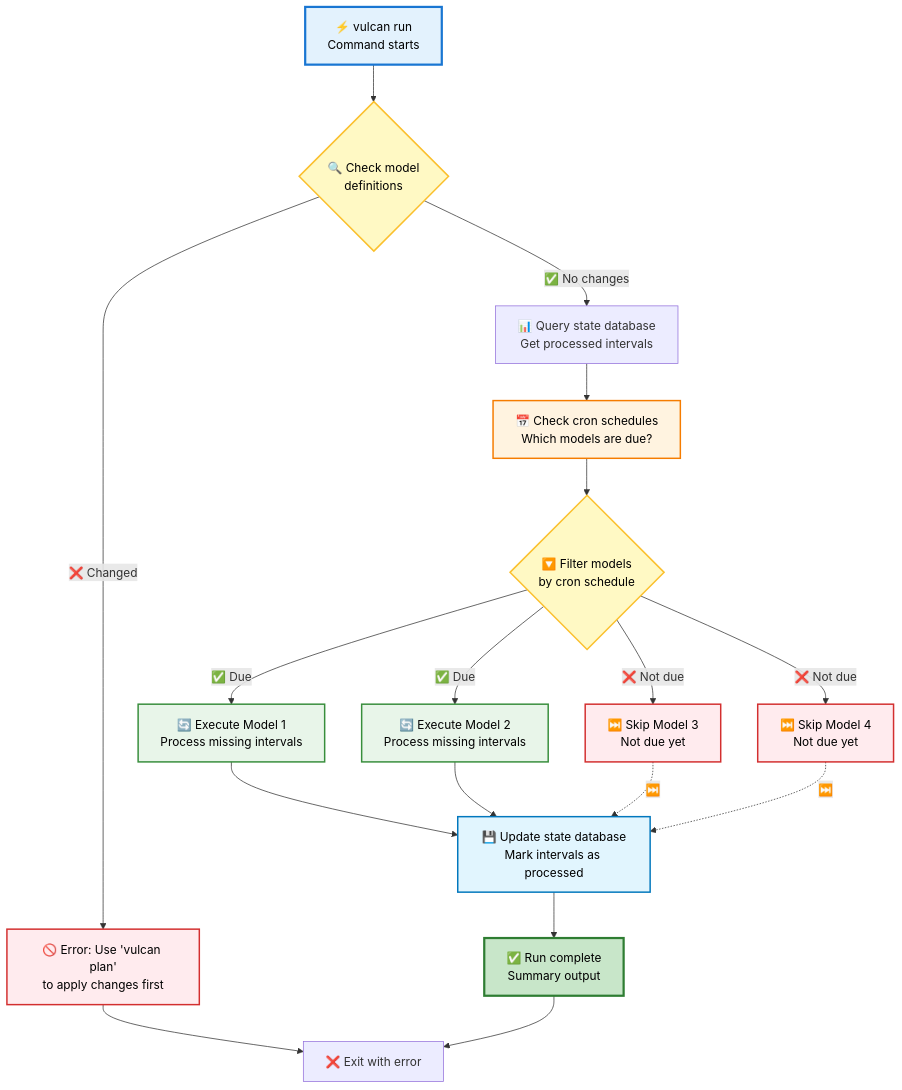
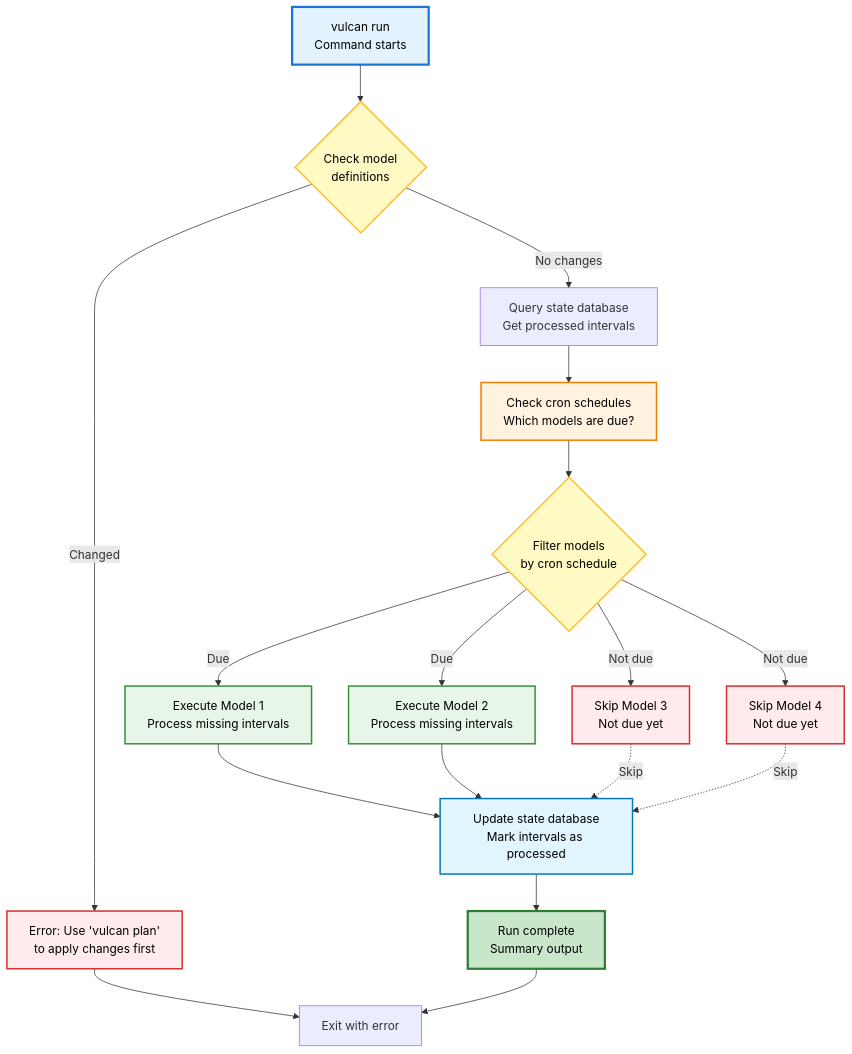
Before and after one commit to tmdc-io/vulcan-book: the third of 5 diagrams in docs/guides/run_and_scheduling.md, drawn with Mermaid. The commit also changed other lines of this file and 6 other files, not shown here.

Commit message:
updated mermaid diagrams to remove emojis, commented out the old plan guide o have only the new 2.0 plan guide

````diff
--- a/docs/guides/run_and_scheduling.md
+++ b/docs/guides/run_and_scheduling.md
@@ -143,38 +143,38 @@
 ```mermaid
 flowchart TD
-    START[⚡ vulcan run<br/>Command starts] --> CHECK{🔍 Check model<br/>definitions}
+    START[vulcan run<br/>Command starts] --> CHECK{Check model<br/>definitions}
     
-    CHECK -->|"❌ Changed"| ERROR[🚫 Error: Use 'vulcan plan'<br/>to apply changes first]
-    CHECK -->|"✅ No changes"| STATE[📊 Query state database<br/>Get processed intervals]
+    CHECK -->|"Changed"| ERROR[Error: Use 'vulcan plan'<br/>to apply changes first]
+    CHECK -->|"No changes"| STATE[Query state database<br/>Get processed intervals]
     
-    STATE --> CRON[📅 Check cron schedules<br/>Which models are due?]
+    STATE --> CRON[Check cron schedules<br/>Which models are due?]
     
-    CRON --> FILTER{🔽 Filter models<br/>by cron schedule}
+    CRON --> FILTER{Filter models<br/>by cron schedule}
     
-    FILTER -->|"✅ Due"| EXEC1[🔄 Execute Model 1<br/>Process missing intervals]
-    FILTER -->|"✅ Due"| EXEC2[🔄 Execute Model 2<br/>Process missing intervals]
-    FILTER -->|"❌ Not due"| SKIP1[⏭️ Skip Model 3<br/>Not due yet]
-    FILTER -->|"❌ Not due"| SKIP2[⏭️ Skip Model 4<br/>Not due yet]
+    FILTER -->|"Due"| EXEC1[Execute Model 1<br/>Process missing intervals]
+    FILTER -->|"Due"| EXEC2[Execute Model 2<br/>Process missing intervals]
+    FILTER -->|"Not due"| SKIP1[Skip Model 3<br/>Not due yet]
+    FILTER -->|"Not due"| SKIP2[Skip Model 4<br/>Not due yet]
     
-    EXEC1 --> UPDATE[💾 Update state database<br/>Mark intervals as processed]
+    EXEC1 --> UPDATE[Update state database<br/>Mark intervals as processed]
     EXEC2 --> UPDATE
-    SKIP1 -.->|"⏭️"| UPDATE
-    SKIP2 -.->|"⏭️"| UPDATE
+    SKIP1 -.->|"Skip"| UPDATE
+    SKIP2 -.->|"Skip"| UPDATE
     
-    UPDATE --> SUCCESS[✅ Run complete<br/>Summary output]
+    UPDATE --> SUCCESS[Run complete<br/>Summary output]
     
-    ERROR --> END[❌ Exit with error]
+    ERROR --> END[Exit with error]
     SUCCESS --> END
 
     style START fill:#e3f2fd,stroke:#1976d2,stroke-width:3px,color:#000
     style CHECK fill:#fff9c4,stroke:#fbc02d,stroke-width:2px,color:#000
     style ERROR fill:#ffebee,stroke:#d32f2f,stroke-width:2px,color:#000
     style CRON fill:#fff3e0,stroke:#f57c00,stroke-width:2px,color:#000
     style FILTER fill:#fff9c4,stroke:#fbc02d,stroke-width:2px,color:#000
     style EXEC1 fill:#e8f5e9,stroke:#388e3c,stroke-width:2px,color:#000
     style EXEC2 fill:#e8f5e9,stroke:#388e3c,stroke-width:2px,color:#000
     style SKIP1 fill:#ffebee,stroke:#d32f2f,stroke-width:2px,color:#000
     style SKIP2 fill:#ffebee,stroke:#d32f2f,stroke-width:2px,color:#000
     style UPDATE fill:#e1f5fe,stroke:#0277bd,stroke-width:2px,color:#000
     style SUCCESS fill:#c8e6c9,stroke:#2e7d32,stroke-width:3px,color:#000
 ```
````
